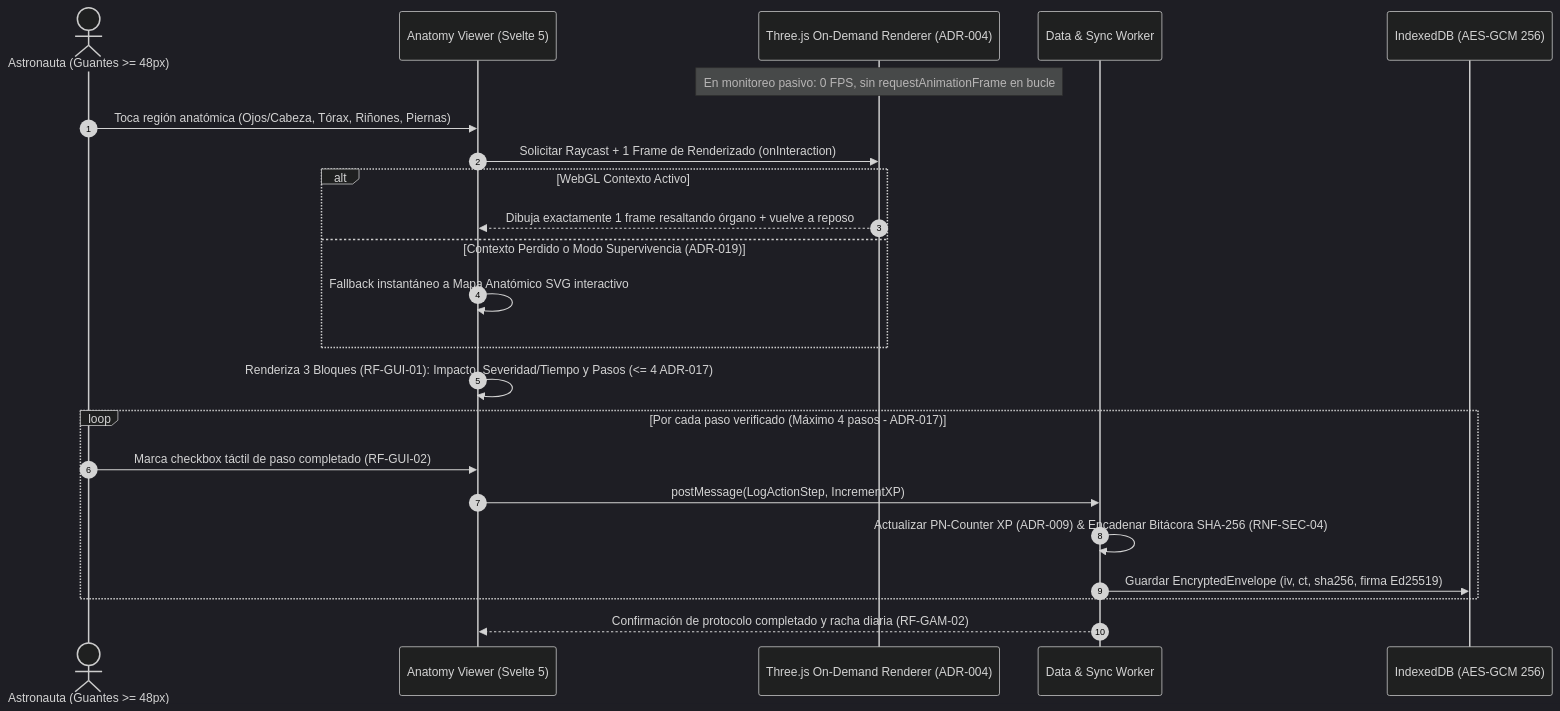
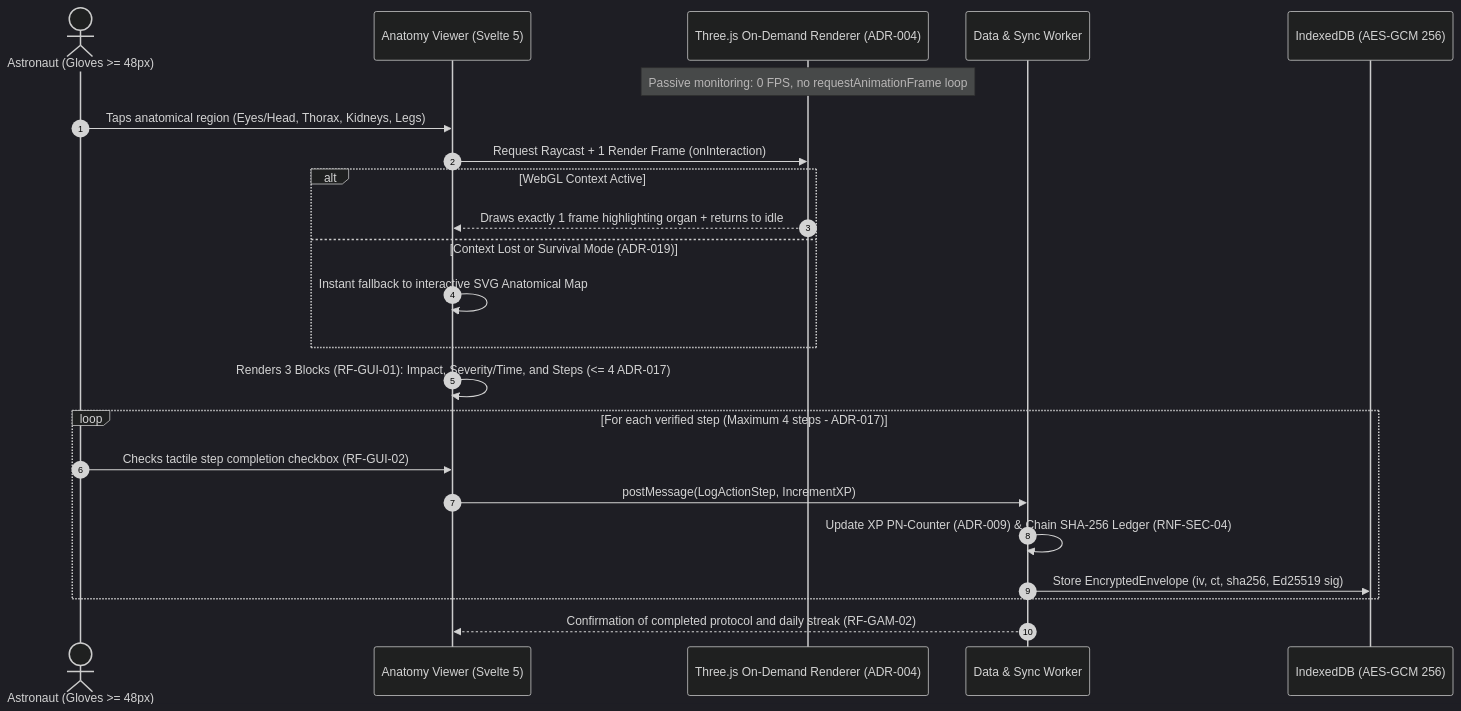
The second of 3 diagrams in docs/SDD/03-Diagramas-de-Secuencia-UML.md (angelcontres/ASTHA-SpaceApps), drawn with Mermaid (dark theme) before and after one commit. The commit also changed other lines of this file and 46 other files, not shown here.

````diff
--- a/docs/SDD/03-Diagramas-de-Secuencia-UML.md
+++ b/docs/SDD/03-Diagramas-de-Secuencia-UML.md
@@ -60,30 +60,30 @@
 ```mermaid
 sequenceDiagram
     autonumber
-    actor Astro as Astronauta (Guantes >= 48px)
+    actor Astro as Astronaut (Gloves >= 48px)
     participant UI as Anatomy Viewer (Svelte 5)
     participant WebGL as Three.js On-Demand Renderer (ADR-004)
     participant DataW as Data & Sync Worker
     participant IDB as IndexedDB (AES-GCM 256)
 
-    Note over WebGL: En monitoreo pasivo: 0 FPS, sin requestAnimationFrame en bucle
-    Astro->>UI: Toca región anatómica (Ojos/Cabeza, Tórax, Riñones, Piernas)
-    UI->>WebGL: Solicitar Raycast + 1 Frame de Renderizado (onInteraction)
+    Note over WebGL: Passive monitoring: 0 FPS, no requestAnimationFrame loop
+    Astro->>UI: Taps anatomical region (Eyes/Head, Thorax, Kidneys, Legs)
+    UI->>WebGL: Request Raycast + 1 Render Frame (onInteraction)
     
-    alt WebGL Contexto Activo
-        WebGL-->>UI: Dibuja exactamente 1 frame resaltando órgano + vuelve a reposo
-    else Contexto Perdido o Modo Supervivencia (ADR-019)
-        UI->>UI: Fallback instantáneo a Mapa Anatómico SVG interactivo
+    alt WebGL Context Active
+        WebGL-->>UI: Draws exactly 1 frame highlighting organ + returns to idle
+    else Context Lost or Survival Mode (ADR-019)
+        UI->>UI: Instant fallback to interactive SVG Anatomical Map
     end
 
-    UI->>UI: Renderiza 3 Bloques (RF-GUI-01): Impacto, Severidad/Tiempo y Pasos (<= 4 ADR-017)
+    UI->>UI: Renders 3 Blocks (RF-GUI-01): Impact, Severity/Time, and Steps (<= 4 ADR-017)
     
-    loop Por cada paso verificado (Máximo 4 pasos - ADR-017)
-        Astro->>UI: Marca checkbox táctil de paso completado (RF-GUI-02)
+    loop For each verified step (Maximum 4 steps - ADR-017)
+        Astro->>UI: Checks tactile step completion checkbox (RF-GUI-02)
         UI->>DataW: postMessage(LogActionStep, IncrementXP)
-        DataW->>DataW: Actualizar PN-Counter XP (ADR-009) & Encadenar Bitácora SHA-256 (RNF-SEC-04)
-        DataW->>IDB: Guardar EncryptedEnvelope (iv, ct, sha256, firma Ed25519)
+        DataW->>DataW: Update XP PN-Counter (ADR-009) & Chain SHA-256 Ledger (RNF-SEC-04)
+        DataW->>IDB: Store EncryptedEnvelope (iv, ct, sha256, Ed25519 sig)
     end
     
-    DataW-->>UI: Confirmación de protocolo completado y racha diaria (RF-GAM-02)
+    DataW-->>UI: Confirmation of completed protocol and daily streak (RF-GAM-02)
 ```
````
